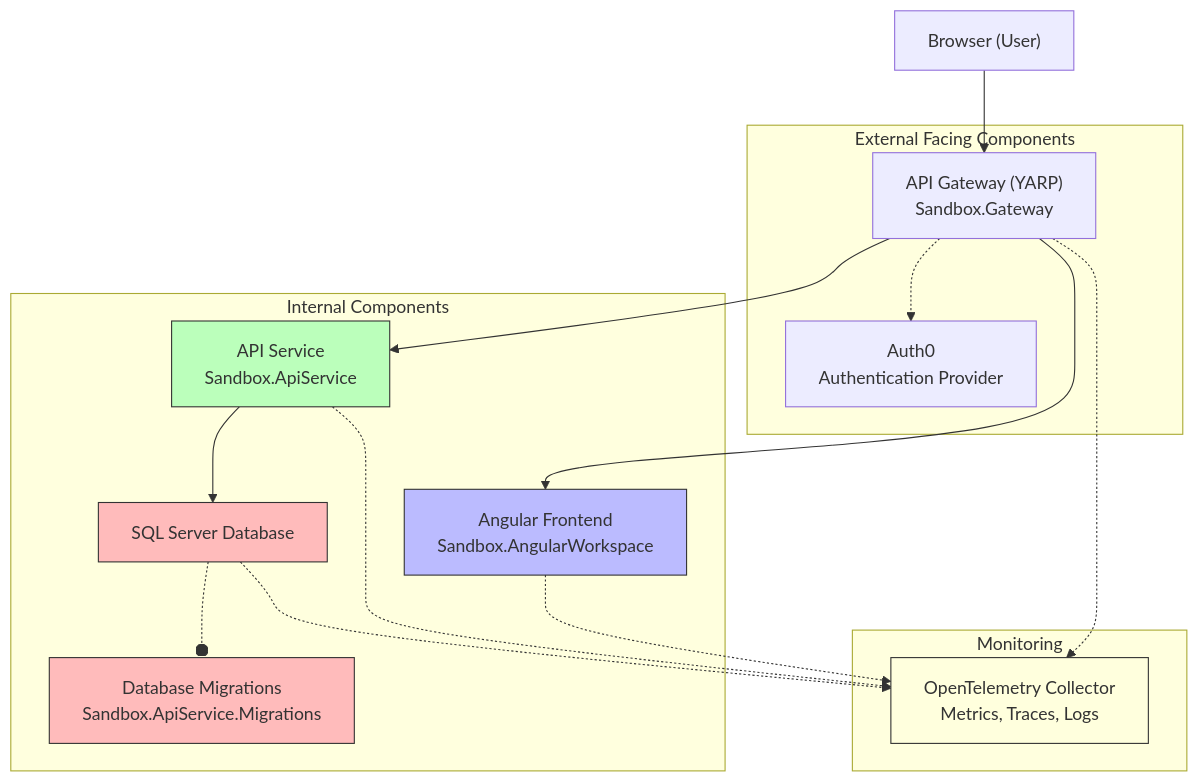
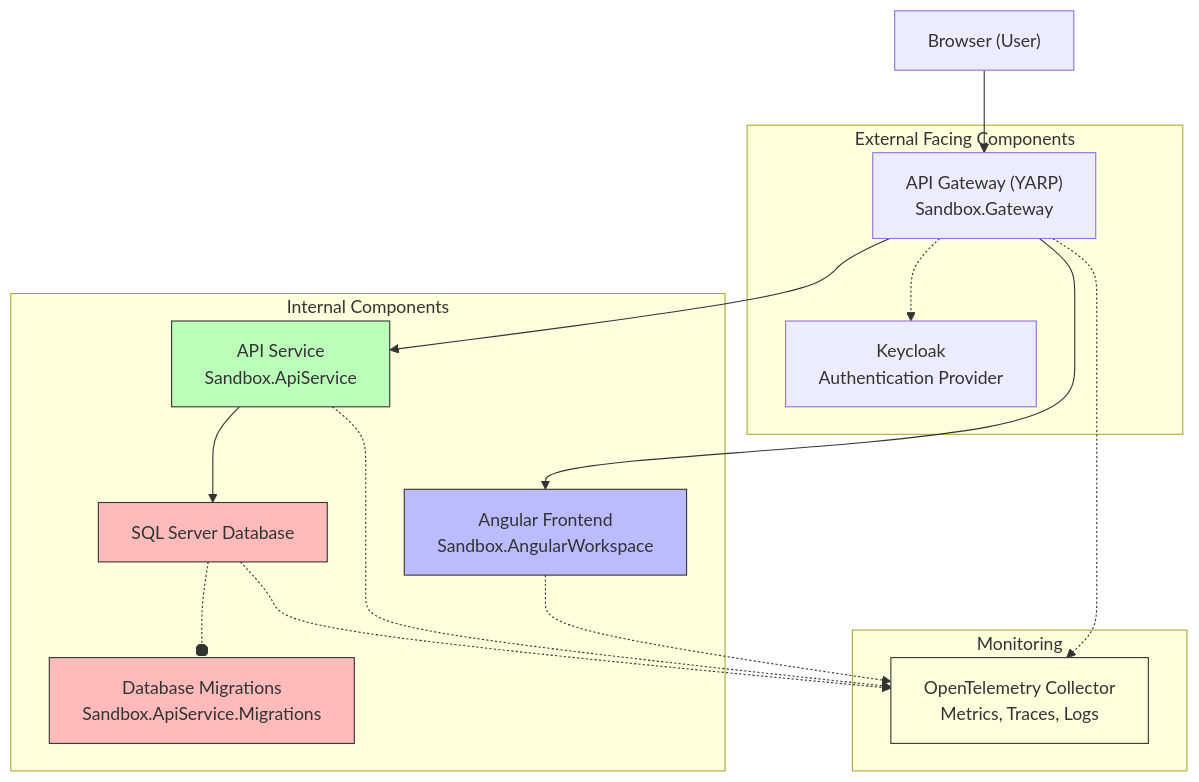
Before and after one commit to timdeschryver/Sandbox: the diagram in README.md, drawn with Mermaid. The commit also changed 16 other files, not shown here.

````diff
--- a/README.md
+++ b/README.md
@@ -26,46 +26,46 @@
 ```mermaid
 graph TD
     User["Browser (User)"] --> Gateway
 
     subgraph "External Facing Components"
         Gateway["API Gateway (YARP)<br>Sandbox.Gateway"]
-        Auth0["Auth0<br>Authentication Provider"]
+        Keycloak["Keycloak<br>Authentication Provider"]
     end
 
     subgraph "Internal Components"
         AngularApp["Angular Frontend<br>Sandbox.AngularWorkspace"]
         ApiService["API Service<br>Sandbox.ApiService<br>"]
         SqlDatabase["SQL Server Database"]
         DbMigrations["Database Migrations<br>Sandbox.ApiService.Migrations"]
 
         Gateway --> AngularApp
         Gateway --> ApiService
         ApiService --> SqlDatabase
         SqlDatabase -.-o DbMigrations
-        Gateway -.-> Auth0
+        Gateway -.-> Keycloak
     end
 
     subgraph "Monitoring"
         OpenTelemetry["OpenTelemetry Collector<br>Metrics, Traces, Logs"]
         Gateway -.-> OpenTelemetry
         AngularApp -.-> OpenTelemetry
         ApiService -.-> OpenTelemetry
         SqlDatabase -.-> OpenTelemetry
     end
 
     classDef externalFacing fill:#f96,stroke:#333,stroke-width:3px,stroke-dasharray: 5 5;
     classDef gateway fill:#f9f,stroke:#333,stroke-width:2px;
     classDef frontend fill:#bbf,stroke:#333,stroke-width:1px;
     classDef backend fill:#bfb,stroke:#333,stroke-width:1px;
     classDef database fill:#fbb,stroke:#333,stroke-width:1px;
     classDef secrets fill:#9cf,stroke:#333,stroke-width:1px;
     classDef auth fill:#f99,stroke:#333,stroke-width:1px;
     classDef monitoring fill:#ffd,stroke:#333,stroke-width:1px;
 
     class Gateway gateway,externalFacing;
-    class Auth0 auth,externalFacing;
+    class Keycloak auth,externalFacing;
     class AngularApp frontend;
     class ApiService backend;
     class SqlDatabase,DbMigrations database;
     class OpenTelemetry monitoring;
 ```
````
